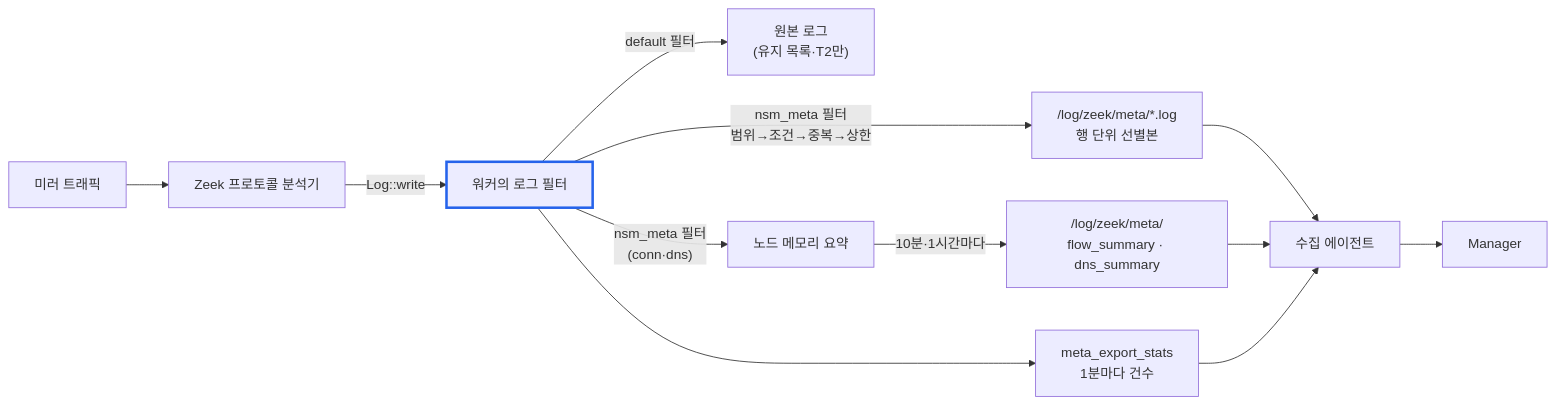
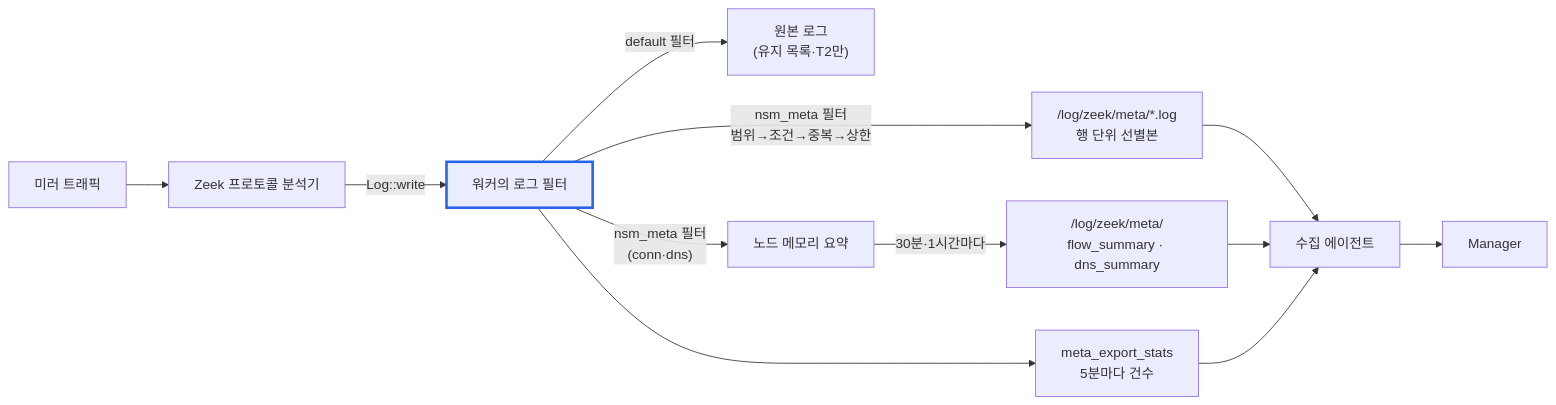
The diagram in docs/SRS_METADATA_EXPORT.md (kwsjjang8901-ship-it/nsm), drawn with Mermaid before and after one commit. The commit also changed other lines of this file and 9 other files, not shown here.

First line of the commit message:
tune(metadata): flow 요약 30분·ssl 중복 억제 24시간·통계 5분, 항목별 중복 억제 만료

````diff
--- a/docs/SRS_METADATA_EXPORT.md
+++ b/docs/SRS_METADATA_EXPORT.md
@@ -46,15 +46,15 @@
 ```mermaid
 flowchart LR
     T["미러 트래픽"] --> Z["Zeek 프로토콜 분석기"]
     Z -->|"Log::write"| W["워커의 로그 필터"]
     W -->|"default 필터"| R["원본 로그<br/>(유지 목록·T2만)"]
     W -->|"nsm_meta 필터<br/>범위→조건→중복→상한"| M["/log/zeek/meta/*.log<br/>행 단위 선별본"]
     W -->|"nsm_meta 필터<br/>(conn·dns)"| S["노드 메모리 요약"]
-    S -->|"10분·1시간마다"| M2["/log/zeek/meta/<br/>flow_summary · dns_summary"]
-    W --> ST["meta_export_stats<br/>1분마다 건수"]
+    S -->|"30분·1시간마다"| M2["/log/zeek/meta/<br/>flow_summary · dns_summary"]
+    W --> ST["meta_export_stats<br/>5분마다 건수"]
     M --> A["수집 에이전트"]
     M2 --> A
     ST --> A
     A --> MG["Manager"]
     style W stroke:#2563eb,stroke-width:3px
 ```
````
